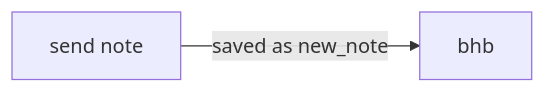
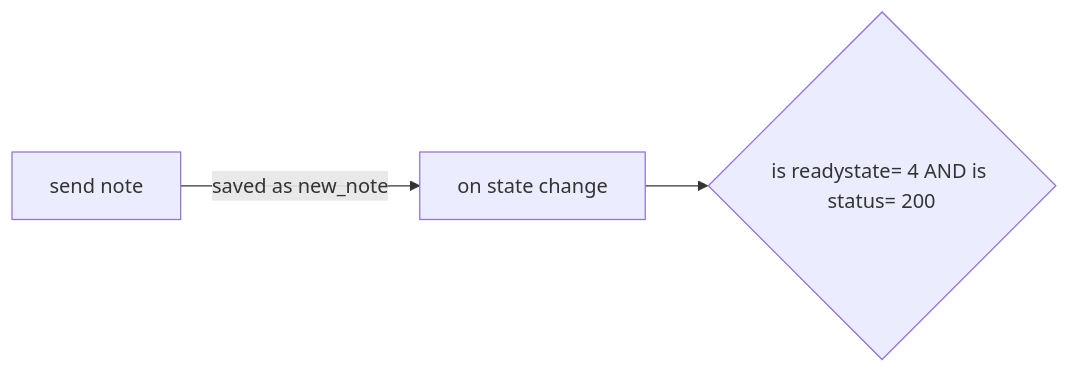
Before and after one commit to Mafant13/FullStackOpenCourse: the diagram in README.md, drawn with Mermaid.

Commit message:
Update flowchart in README.md for clarity

````diff
--- a/README.md
+++ b/README.md
@@ -1,5 +1,5 @@
 ``` mermaid
   flowchart LR
 
-A[send note] --> |saved as new_note| B[bhb] 
+A[send note] --> |saved as new_note| B[on state change] --> C{is readystate= 4 AND is status= 200}
 ```
````
